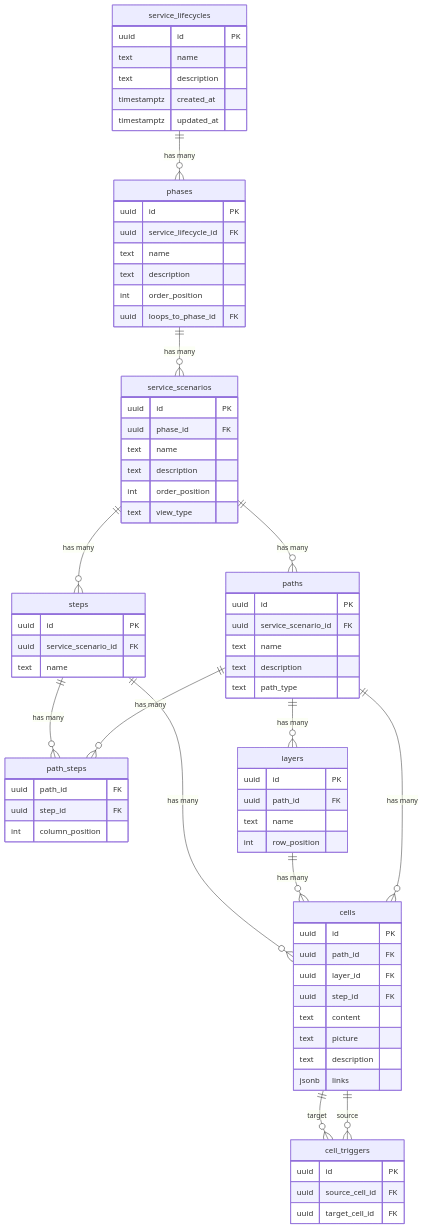
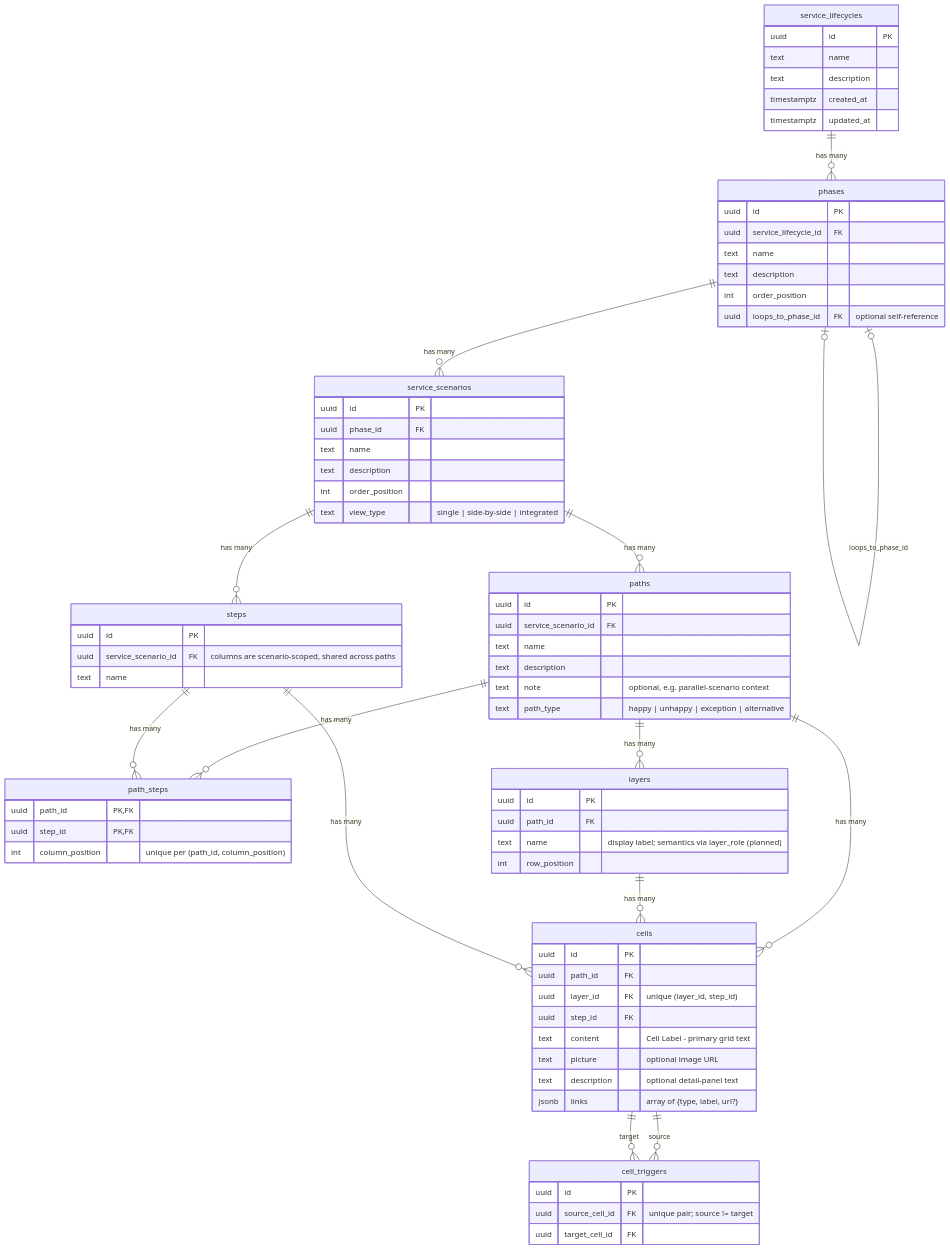
The diagram in docs/erd.mmd (BilLogic/plus-uno-blueprint), drawn with Mermaid before and after one commit. The commit also changed 2 other files, not shown here.

Commit message:
docs(schema): regenerate ERD and fix stale schema docs
Add missing paths.note to erd.mmd and schema.reference.sql; annotate
enums, integrity trigger, import order, and planned layers.layer_role;
note the undropped legacy services table.

```diff
--- a/docs/erd.mmd
+++ b/docs/erd.mmd
@@ -1,83 +1,94 @@
+%% Service Blueprint ERD
+%% Source of truth: supabase/migrations/ — verified through 20250707880000_paths_note.sql (2026-07-16)
+%% Enums: service_scenarios.view_type ∈ (single | side-by-side | integrated)
+%%        paths.path_type ∈ (happy | unhappy | exception | alternative)
+%% Integrity: cells.path_id must match layers.path_id AND (path_id, step_id) must exist in
+%%            path_steps (DB trigger cells_validate_path_match). Import order:
+%%            paths → steps → path_steps → layers → cells → cell_triggers.
+%% Planned (not yet migrated): layers.layer_role — semantic role key (frontstage_actions,
+%%            backstage_tech, visual, …) separate from the display name; see Phase 0-C.
 erDiagram
   service_lifecycles ||--o{ phases : "has many"
   phases ||--o{ service_scenarios : "has many"
+  phases |o--o| phases : "loops_to_phase_id"
   service_scenarios ||--o{ paths : "has many"
   service_scenarios ||--o{ steps : "has many"
   paths ||--o{ path_steps : "has many"
   steps ||--o{ path_steps : "has many"
   paths ||--o{ layers : "has many"
   paths ||--o{ cells : "has many"
   layers ||--o{ cells : "has many"
   steps ||--o{ cells : "has many"
   cells ||--o{ cell_triggers : "source"
   cells ||--o{ cell_triggers : "target"
 
   service_lifecycles {
     uuid id PK
     text name
     text description
     timestamptz created_at
     timestamptz updated_at
   }
 
   phases {
     uuid id PK
     uuid service_lifecycle_id FK
     text name
     text description
     int order_position
-    uuid loops_to_phase_id FK
+    uuid loops_to_phase_id FK "optional self-reference"
   }
 
   service_scenarios {
     uuid id PK
     uuid phase_id FK
     text name
     text description
     int order_position
-    text view_type
+    text view_type "single | side-by-side | integrated"
   }
 
   paths {
     uuid id PK
     uuid service_scenario_id FK
     text name
     text description
-    text path_type
+    text note "optional, e.g. parallel-scenario context"
+    text path_type "happy | unhappy | exception | alternative"
   }
 
   steps {
     uuid id PK
-    uuid service_scenario_id FK
+    uuid service_scenario_id FK "columns are scenario-scoped, shared across paths"
     text name
   }
 
   path_steps {
-    uuid path_id FK
-    uuid step_id FK
-    int column_position
+    uuid path_id PK, FK
+    uuid step_id PK, FK
+    int column_position "unique per (path_id, column_position)"
   }
 
   layers {
     uuid id PK
     uuid path_id FK
-    text name
+    text name "display label; semantics via layer_role (planned)"
     int row_position
   }
 
   cells {
     uuid id PK
     uuid path_id FK
-    uuid layer_id FK
+    uuid layer_id FK "unique (layer_id, step_id)"
     uuid step_id FK
-    text content
-    text picture
-    text description
-    jsonb links
+    text content "Cell Label - primary grid text"
+    text picture "optional image URL"
+    text description "optional detail-panel text"
+    jsonb links "array of {type, label, url?}"
   }
 
   cell_triggers {
     uuid id PK
-    uuid source_cell_id FK
+    uuid source_cell_id FK "unique pair; source != target"
     uuid target_cell_id FK
   }
```
